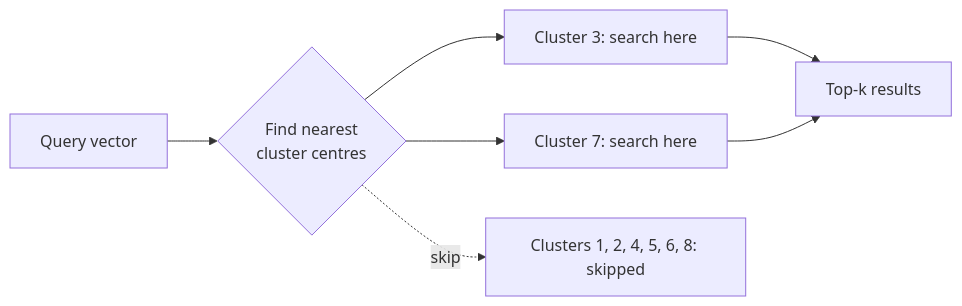
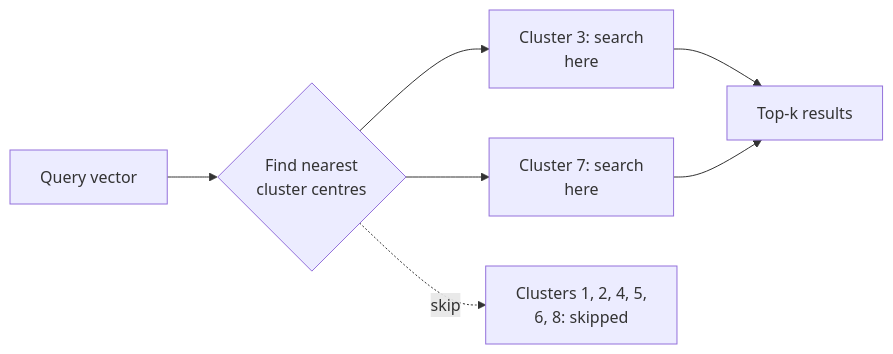
The first of 3 diagrams in 01. Naive RAG/notes/01. Basic Concepts/07. Vector Databases and Indexing.md (ajay-nikumbh/RAG-From-Basics-to-Production), drawn with Mermaid before and after one commit. The commit also changed other lines of this file and 38 other files, not shown here.

First line of the commit message:
Group root README by pattern, widen tables, wrap diagram labels

````diff
--- a/01. Naive RAG/notes/01. Basic Concepts/07. Vector Databases and Indexing.md
+++ b/01. Naive RAG/notes/01. Basic Concepts/07. Vector Databases and Indexing.md
@@ -50,9 +50,9 @@
 ```mermaid
 flowchart LR
     Q[Query vector] --> C{Find nearest<br/>cluster centres}
-    C --> K1[Cluster 3: search here]
-    C --> K2[Cluster 7: search here]
-    C -.skip.-> K3[Clusters 1, 2, 4, 5, 6, 8: skipped]
+    C --> K1[Cluster 3: search<br/>here]
+    C --> K2[Cluster 7: search<br/>here]
+    C -.skip.-> K3[Clusters 1, 2, 4, 5,<br/>6, 8: skipped]
     K1 --> R[Top-k results]
     K2 --> R
 ```
````
